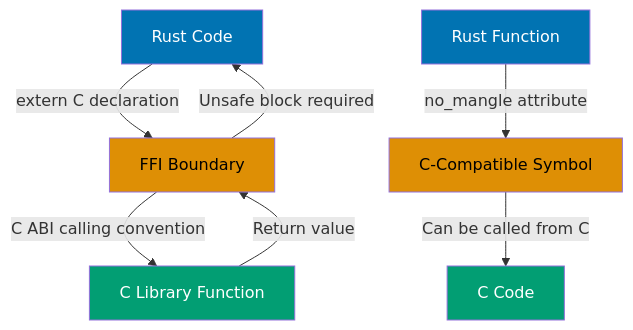
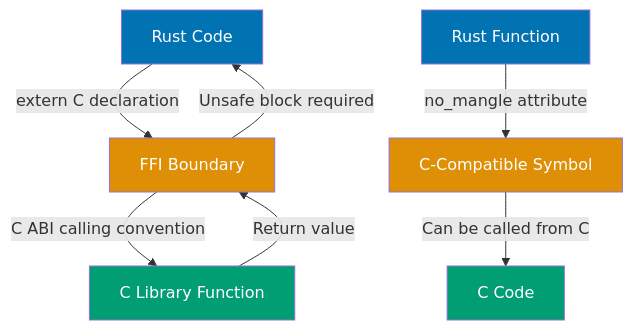
The second of 16 diagrams in apps/ayokoding-web/content/en/learn/software-engineering/programming-languages/rust/by-example/advanced.md (wahidyankf/open-sharia-enterprise), drawn with Mermaid before and after one commit. The commit also changed other lines of this file and 61 other files, not shown here.

First line of the commit message:
fix(ayokoding-web): quote Mermaid node labels with special characters in Example 63

````diff
--- a/apps/ayokoding-web/content/en/learn/software-engineering/programming-languages/rust/by-example/advanced.md
+++ b/apps/ayokoding-web/content/en/learn/software-engineering/programming-languages/rust/by-example/advanced.md
@@ -178,17 +178,17 @@
 ```mermaid
 %% FFI boundary showing Rust-C interop
 graph TD
     A[Rust Code] -->|extern C declaration| B[FFI Boundary]
     B -->|C ABI calling convention| C[C Library Function]
     C -->|Return value| B
     B -->|Unsafe block required| A
     D[Rust Function] -->|no_mangle attribute| E[C-Compatible Symbol]
     E -->|Can be called from C| F[C Code]
 
     style A fill:#0173B2,color:#fff
-    style B fill:#DE8F05,color:#000
+    style B fill:#DE8F05,color:#fff
     style C fill:#029E73,color:#fff
     style D fill:#0173B2,color:#fff
-    style E fill:#DE8F05,color:#000
+    style E fill:#DE8F05,color:#fff
     style F fill:#029E73,color:#fff
 ```
````
